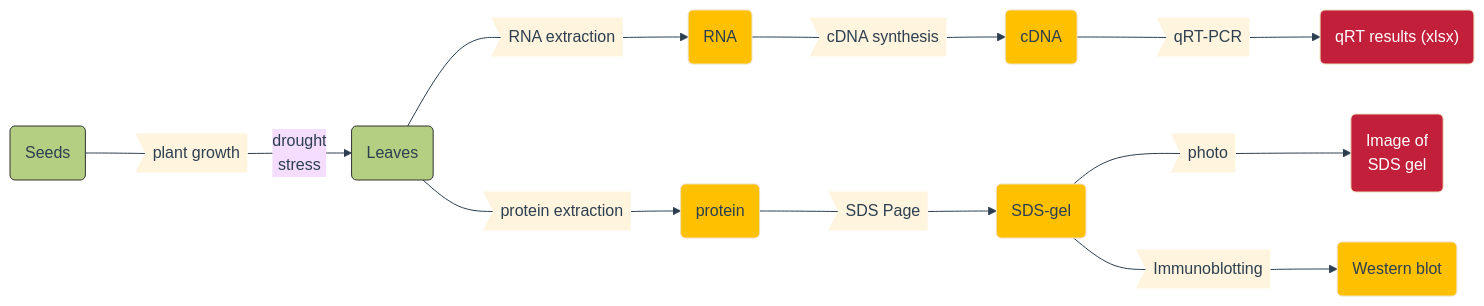
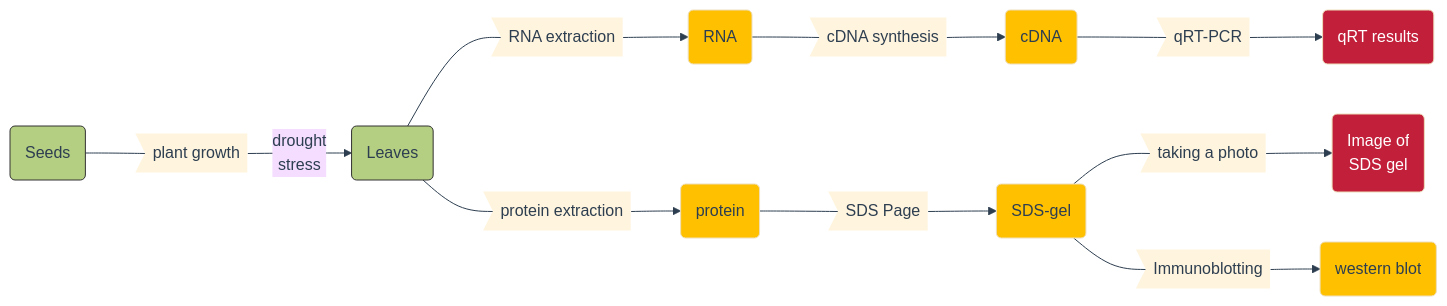
Before and after one commit to nfdi4plants/nfdi4plants.knowledgebase: the second of 6 diagrams in src/docs/guides/ARC-practical-entry.md, drawn with Mermaid. The commit also changed other lines of this file, not shown here.

````diff
--- a/src/docs/guides/ARC-practical-entry.md
+++ b/src/docs/guides/ARC-practical-entry.md
@@ -112,63 +112,63 @@
 ```mermaid
 
 %%{
   init: {
     'theme': 'base',
     'themeVariables': {
       'background': '#fff',
       'lineColor': '#2d3e50',
       'primaryTextColor': '#2d3e50'
     }
   }
 }%%
 
 
 graph LR
 
 %% Nodes
   S1(Seeds)
   S2(Leaves)
   
   M1(RNA)
   M2(protein)
   M3(cDNA)
   M5(SDS-gel)
-  M6(Western blot)
+  M6(western blot)
   
   P1>plant growth]
   P2>RNA extraction]
   P3>protein extraction]
   P4>cDNA synthesis]
   P5>qRT-PCR]
   P8>SDS Page]
-  P9>photo]
+  P9>taking a photo]
   P10>Immunoblotting]
   
-  D1("qRT results (xlsx)")
+  D1("qRT results")
   D3(Image of \n SDS gel)
 
 %% Links
 
   S1 ---P1--drought\nstress--> S2
 
   S2 ---P2--> M1
   S2 ---P3--> M2
   M1 ---P4--> M3
   M3 ---P5--> D1
   M2 ---P8--> M5
   M5 ---P9--> D3
   M5 ---P10--> M6
 
 %% Defining node styles
   classDef S fill:#b4ce82, stroke:#333;
   classDef M fill:#ffc000;
   classDef D fill:#c21f3a,color:white;
   classDef P stroke-width:0px;  
 
 %% Assigning styles to nodes
   class Sx,S1,S2 S;
   class Mx,M1,M2,M3,M4,M5,M6 M;
   class Dx,D1,D2,D3,D4,D5 D;
   class Px,P1,P2,P3,P4,P5,P6,P7,P8,P9,P10,P11,P12,P13 P;
 
 ```
````
